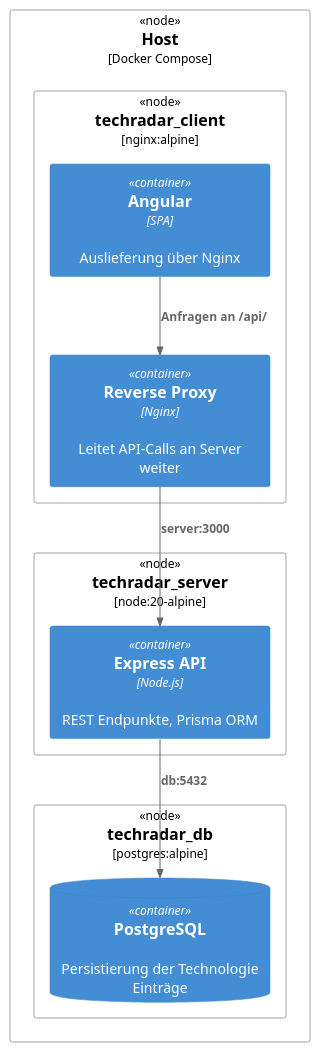
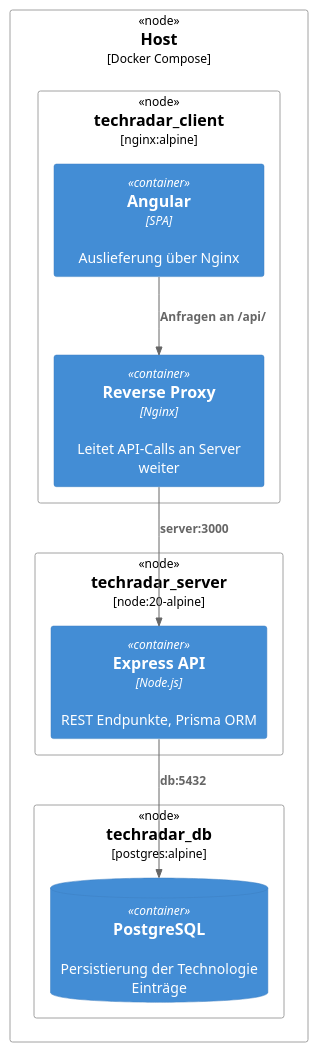
Before and after one commit to MBaetti/weblab-tech-radar: the diagram in doc/src/07_deployment_view.adoc, drawn with PlantUML. The commit also changed other lines of this file and 20 other files, not shown here.

```diff
--- a/doc/src/07_deployment_view.adoc
+++ b/doc/src/07_deployment_view.adoc
@@ -10,30 +10,30 @@
 [plantuml, target=deployment, format=png]
 ----
 @startuml
 !include <C4/C4_Deployment>
 <style>
-    element {MinimumWidth 200}
+    element {MinimumWidth 190}
 </style>
 
 Deployment_Node(host, "Host", "Docker Compose") {
 
   Deployment_Node(clientContainer, "techradar_client", "nginx:alpine") {
     Container(spa, "Angular", "SPA", "Auslieferung über Nginx")
     Container(proxy, "Reverse Proxy", "Nginx", "Leitet API-Calls an Server weiter")
   }
 
   Deployment_Node(serverContainer, "techradar_server", "node:20-alpine") {
     Container(api, "Express API", "Node.js", "REST Endpunkte, Prisma ORM")
   }
 
   Deployment_Node(dbContainer, "techradar_db", "postgres:alpine") {
     ContainerDb(db, "PostgreSQL", "", "Persistierung der Technologie Einträge")
   }
 }
 
 Rel(spa, proxy, "Anfragen an /api/")
 Rel(proxy, api, "server:3000")
 Rel(api, db, "db:5432")
 
 @enduml
 ----
```
